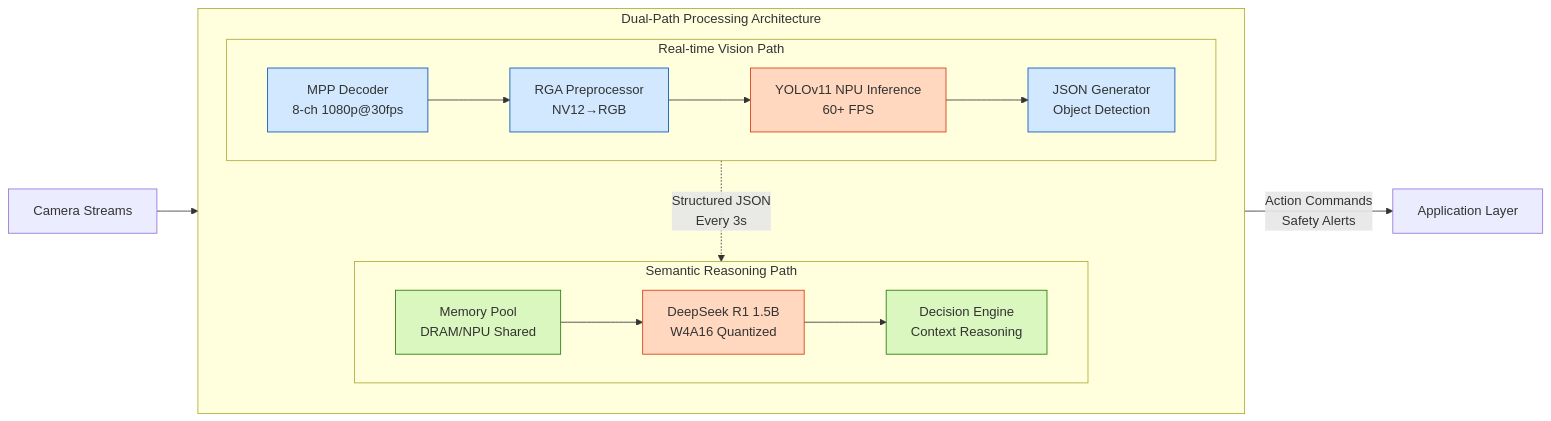
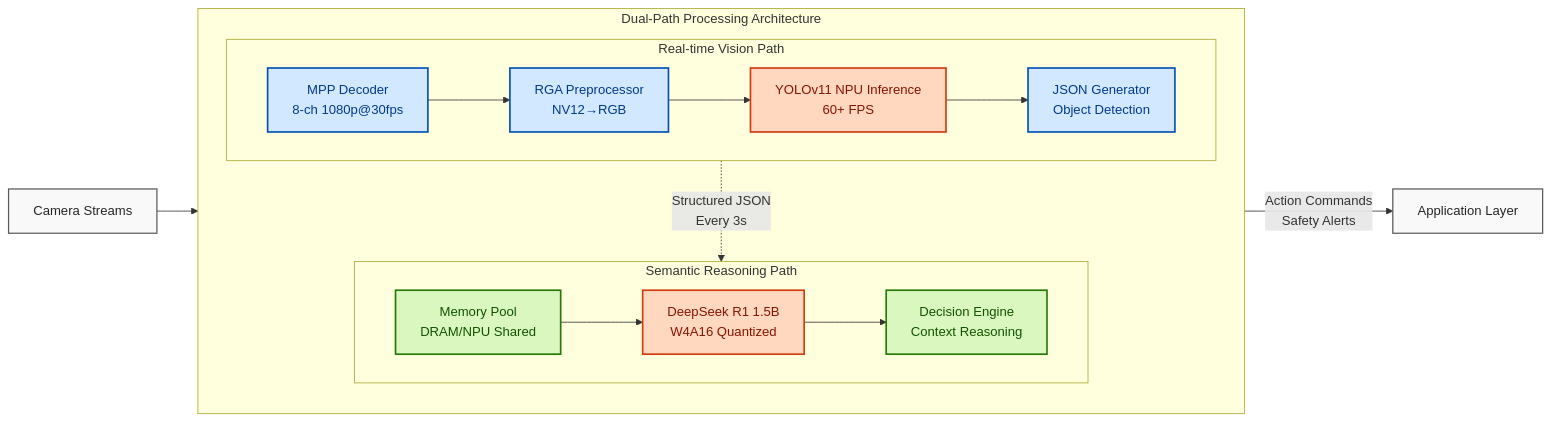
Before and after one commit to WNPPP0114/RAVEN: the diagram in README.md, drawn with Mermaid.

````diff
--- a/README.md
+++ b/README.md
@@ -42,32 +42,45 @@
 ```mermaid
 graph LR
     subgraph "Dual-Path Processing Architecture"
         direction TB
         
         subgraph "Real-time Vision Path"
             direction LR
-            V1["MPP Decoder<br/>8-ch 1080p@30fps"] --> V2["RGA Preprocessor<br/>NV12→RGB"]
-            V2 --> V3["YOLOv11 NPU Inference<br/>60+ FPS"]
-            V3 --> V4["JSON Generator<br/>Object Detection"]
+            V1["MPP Decoder<br/>8-ch 1080p@30fps"] 
+            V2["RGA Preprocessor<br/>NV12→RGB"]
+            V3["YOLOv11 NPU Inference<br/>60+ FPS"]
+            V4["JSON Generator<br/>Object Detection"]
+            
+            V1 --> V2 --> V3 --> V4
         end
         
         subgraph "Semantic Reasoning Path"
             direction LR
-            R1["Memory Pool<br/>DRAM/NPU Shared"] --> R2["DeepSeek R1 1.5B<br/>W4A16 Quantized"]
-            R2 --> R3["Decision Engine<br/>Context Reasoning"]
+            R1["Memory Pool<br/>DRAM/NPU Shared"] 
+            R2["DeepSeek R1 1.5B<br/>W4A16 Quantized"]
+            R3["Decision Engine<br/>Context Reasoning"]
+            
+            R1 --> R2 --> R3
         end
         
         V4 -.->|"Structured JSON<br/>Every 3s"| R1
     end
 
     Cam[Camera Streams] --> V1
     R3 -->|"Action Commands<br/>Safety Alerts"| App[Application Layer]
 
-    style V1 fill:#D1E8FF,stroke:#0050B3
-    style V2 fill:#D1E8FF,stroke:#0050B3
-    style V3 fill:#FFD8BF,stroke:#D4380D
-    style V4 fill:#D1E8FF,stroke:#0050B3
-    style R1 fill:#D9F7BE,stroke:#237804
-    style R2 fill:#FFD8BF,stroke:#D4380D
-    style R3 fill:#D9F7BE,stroke:#237804
+    %% Vision Path Styling (Blue Theme)
+    style V1 fill:#D1E8FF,stroke:#0050B3,stroke-width:2px,color:#003A8C
+    style V2 fill:#D1E8FF,stroke:#0050B3,stroke-width:2px,color:#003A8C
+    style V3 fill:#FFD8BF,stroke:#D4380D,stroke-width:2px,color:#871400
+    style V4 fill:#D1E8FF,stroke:#0050B3,stroke-width:2px,color:#003A8C
+    
+    %% Reasoning Path Styling (Green Theme)
+    style R1 fill:#D9F7BE,stroke:#237804,stroke-width:2px,color:#135200
+    style R2 fill:#FFD8BF,stroke:#D4380D,stroke-width:2px,color:#871400
+    style R3 fill:#D9F7BE,stroke:#237804,stroke-width:2px,color:#135200
+    
+    %% External Elements
+    style Cam fill:#F9F9F9,stroke:#595959,stroke-width:1.5px,color:#262626
+    style App fill:#F9F9F9,stroke:#595959,stroke-width:1.5px,color:#262626
 ```
````
